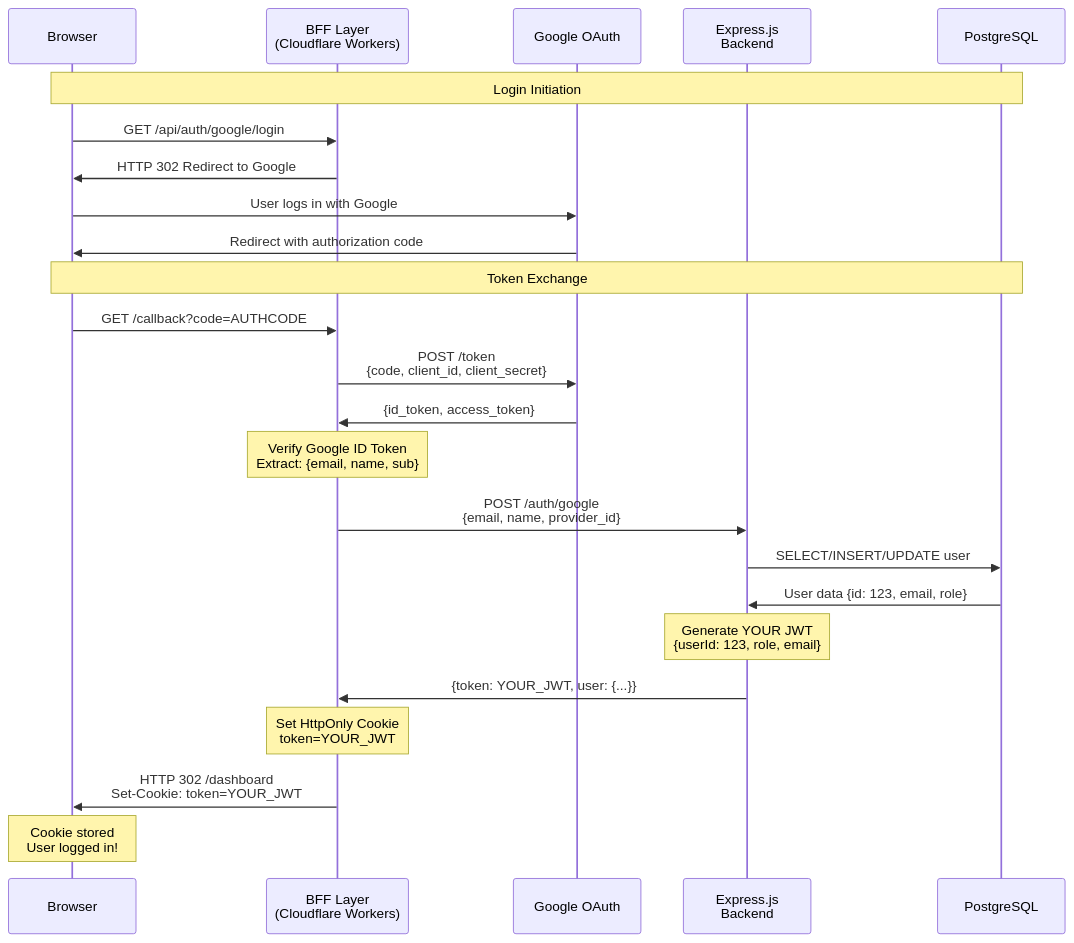
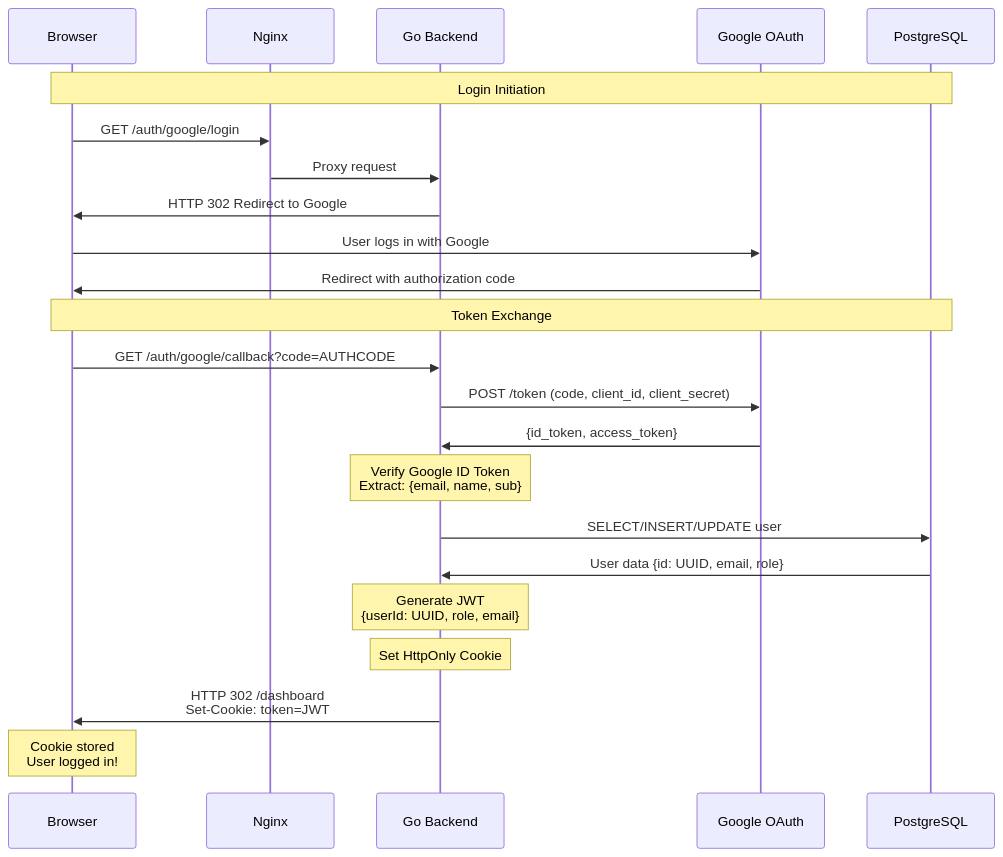
One commit to idtazkia/website-stmik changed the third of 11 diagrams in docs/ARCHITECTURE.md. Above: the diagram before and after it, drawn with Mermaid. The commit also changed other lines of this file and 7 other files, not shown here.

First line of the commit message:
Sync all docs to Go backend architecture

````diff
--- a/docs/ARCHITECTURE.md
+++ b/docs/ARCHITECTURE.md
@@ -181,33 +180,31 @@
 ```mermaid
 sequenceDiagram
     participant Browser
-    participant BFF as BFF Layer<br/>(Cloudflare Workers)
+    participant Nginx
+    participant Go as Go Backend
     participant Google as Google OAuth
-    participant Backend as Express.js<br/>Backend
     participant DB as PostgreSQL
 
     Note over Browser,DB: Login Initiation
-    Browser->>BFF: GET /api/auth/google/login
-    BFF->>Browser: HTTP 302 Redirect to Google
+    Browser->>Nginx: GET /auth/google/login
+    Nginx->>Go: Proxy request
+    Go->>Browser: HTTP 302 Redirect to Google
     Browser->>Google: User logs in with Google
     Google->>Browser: Redirect with authorization code
 
     Note over Browser,DB: Token Exchange
-    Browser->>BFF: GET /callback?code=AUTHCODE
-    BFF->>Google: POST /token<br/>{code, client_id, client_secret}
-    Google->>BFF: {id_token, access_token}
+    Browser->>Go: GET /auth/google/callback?code=AUTHCODE
+    Go->>Google: POST /token (code, client_id, client_secret)
+    Google->>Go: {id_token, access_token}
 
-    Note over BFF: Verify Google ID Token<br/>Extract: {email, name, sub}
+    Note over Go: Verify Google ID Token<br/>Extract: {email, name, sub}
 
-    BFF->>Backend: POST /auth/google<br/>{email, name, provider_id}
-    Backend->>DB: SELECT/INSERT/UPDATE user
-    DB->>Backend: User data {id: 123, email, role}
+    Go->>DB: SELECT/INSERT/UPDATE user
+    DB->>Go: User data {id: UUID, email, role}
 
-    Note over Backend: Generate YOUR JWT<br/>{userId: 123, role, email}
-    Backend->>BFF: {token: YOUR_JWT, user: {...}}
-
-    Note over BFF: Set HttpOnly Cookie<br/>token=YOUR_JWT
-    BFF->>Browser: HTTP 302 /dashboard<br/>Set-Cookie: token=YOUR_JWT
+    Note over Go: Generate JWT<br/>{userId: UUID, role, email}
+    Note over Go: Set HttpOnly Cookie
+    Go->>Browser: HTTP 302 /dashboard<br/>Set-Cookie: token=JWT
 
     Note over Browser: Cookie stored<br/>User logged in!
 ```
````
